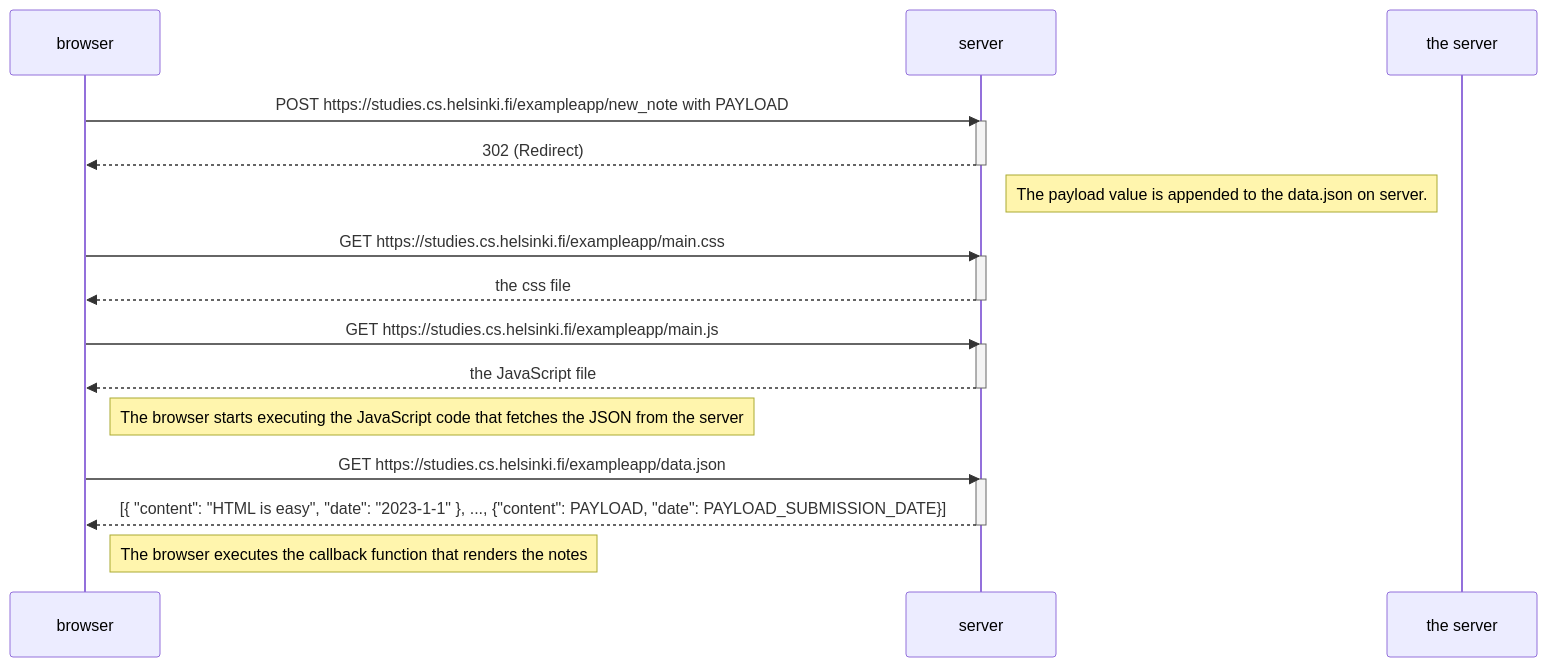
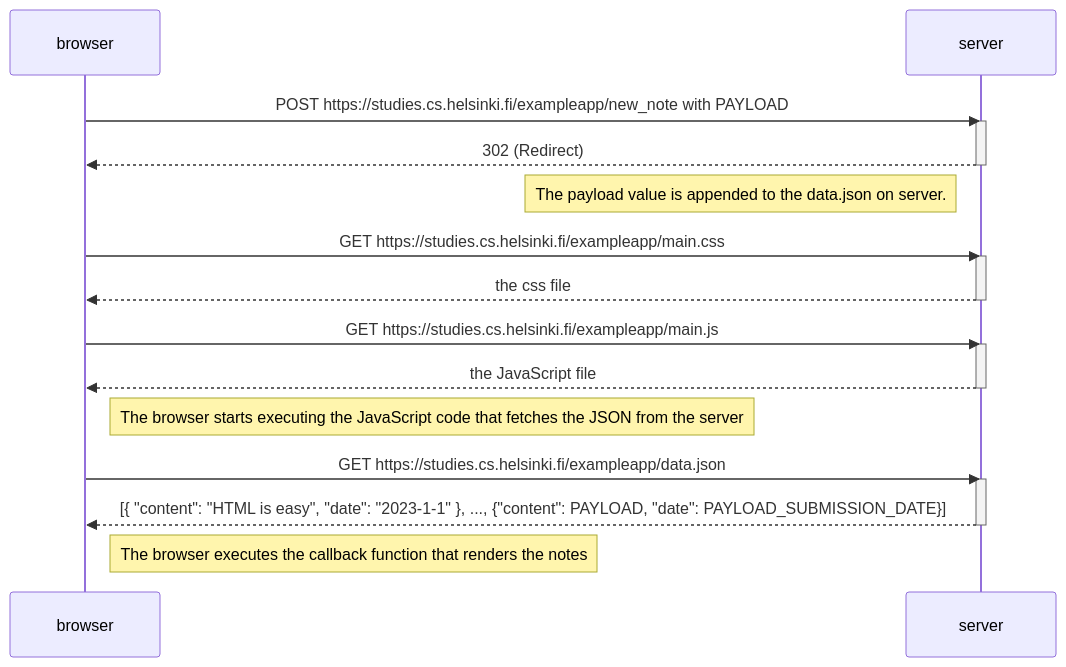
Before and after one commit to ganchikov/fsopen_react_excercises: the diagram in part0/excercise04.md, drawn with Mermaid.

Commit message:
minor fix

````diff
--- a/part0/excercise04.md
+++ b/part0/excercise04.md
@@ -1,32 +1,32 @@
 ```mermaid
 sequenceDiagram
     participant browser
     participant server
     
     browser->>server: POST https://studies.cs.helsinki.fi/exampleapp/new_note with PAYLOAD
     activate server
     server-->>browser: 302 (Redirect)
     deactivate server
 
-    Note left of the server: The payload value is appended to the data.json on server.
+    Note left of server: The payload value is appended to the data.json on server.
     
     browser->>server: GET https://studies.cs.helsinki.fi/exampleapp/main.css
     activate server
     server-->>browser: the css file
     deactivate server
     
     browser->>server: GET https://studies.cs.helsinki.fi/exampleapp/main.js
     activate server
     server-->>browser: the JavaScript file
     deactivate server
     
     Note right of browser: The browser starts executing the JavaScript code that fetches the JSON from the server
     
     browser->>server: GET https://studies.cs.helsinki.fi/exampleapp/data.json
     activate server
     server-->>browser: [{ "content": "HTML is easy", "date": "2023-1-1" }, ..., {"content": PAYLOAD, "date": PAYLOAD_SUBMISSION_DATE}]
     deactivate server    
 
     Note right of browser: The browser executes the callback function that renders the notes 
 
 ```
````
